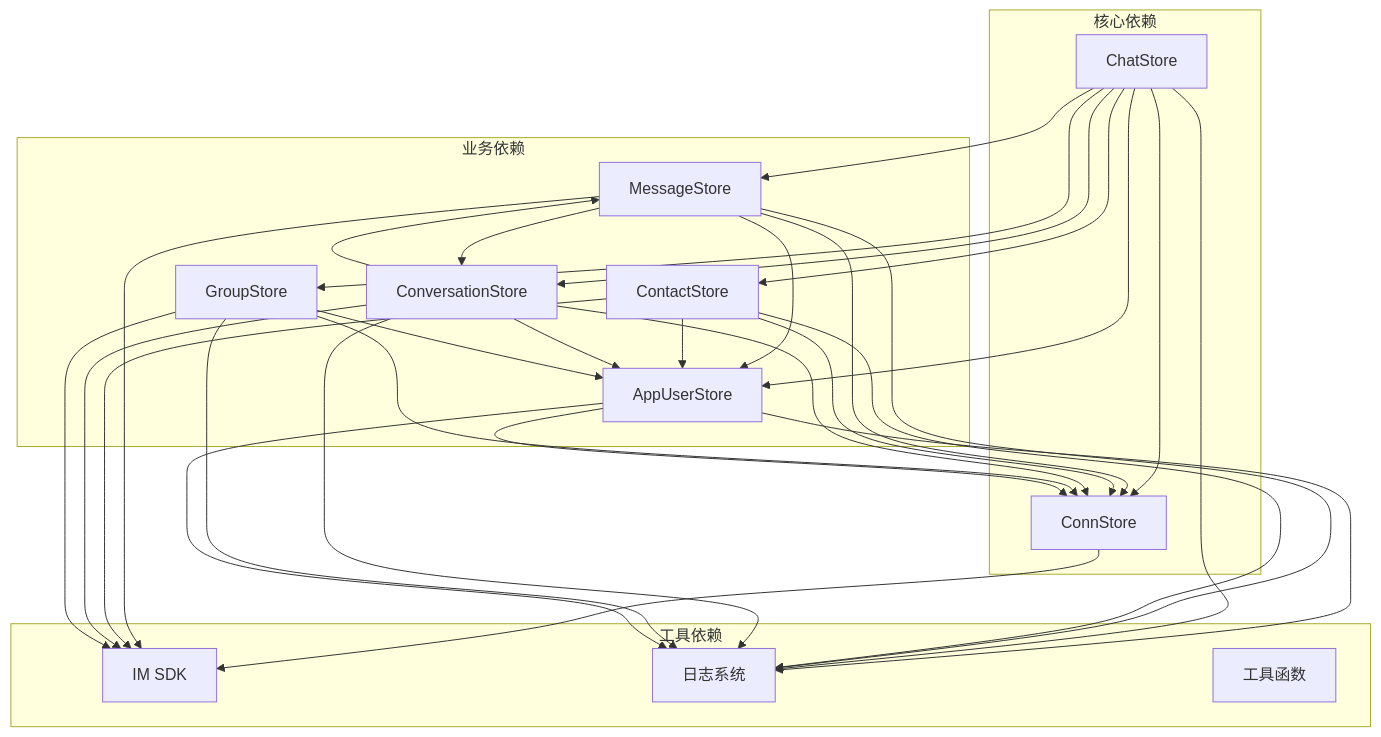
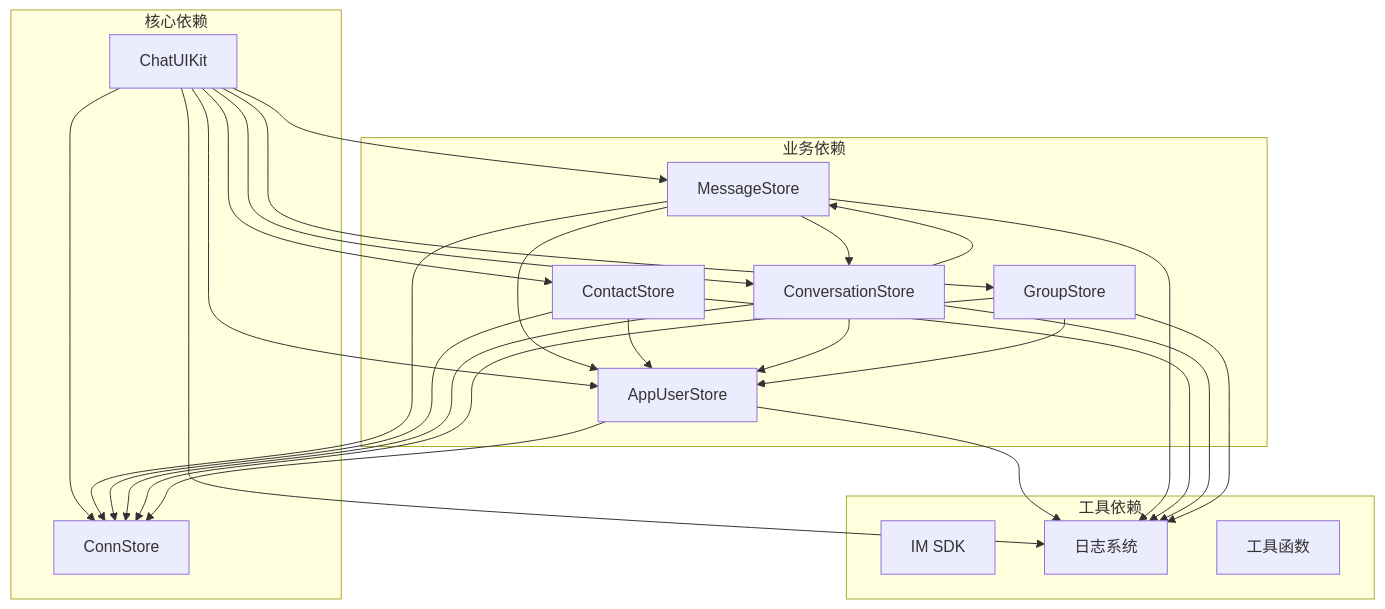
One commit to Easemob-Community/easemob-uikit-uniapp-community changed the eighth of 11 diagrams in .qoder/repowiki/zh/content/核心架构/Store状态管理系统架构/Pinia状态管理概览.md. Above: the diagram before and after it, drawn with Mermaid. The commit also changed other lines of this file and 14 other files, not shown here.

````diff
--- a/.qoder/repowiki/zh/content/核心架构/Store状态管理系统架构/Pinia状态管理概览.md
+++ b/.qoder/repowiki/zh/content/核心架构/Store状态管理系统架构/Pinia状态管理概览.md
@@ -449,48 +440,42 @@
 ```mermaid
 graph TD
 subgraph "核心依赖"
-ChatStore[ChatStore]
+ChatUIKit[ChatUIKit]
 ConnStore[ConnStore]
 end
 subgraph "业务依赖"
 MessageStore[MessageStore]
 ContactStore[ContactStore]
 ConversationStore[ConversationStore]
 GroupStore[GroupStore]
 AppUserStore[AppUserStore]
 end
 subgraph "工具依赖"
 SDK[IM SDK]
 Logger[日志系统]
 Utils[工具函数]
 end
-ChatStore --> ConnStore
-ChatStore --> MessageStore
-ChatStore --> ContactStore
-ChatStore --> ConversationStore
-ChatStore --> GroupStore
-ChatStore --> AppUserStore
+ChatUIKit --> ConnStore
+ChatUIKit --> MessageStore
+ChatUIKit --> ContactStore
+ChatUIKit --> ConversationStore
+ChatUIKit --> GroupStore
+ChatUIKit --> AppUserStore
 MessageStore --> ConnStore
 MessageStore --> ConversationStore
 MessageStore --> AppUserStore
 ContactStore --> ConnStore
 ContactStore --> AppUserStore
 ConversationStore --> ConnStore
 ConversationStore --> AppUserStore
 ConversationStore --> MessageStore
 GroupStore --> ConnStore
 GroupStore --> AppUserStore
 AppUserStore --> ConnStore
 AppUserStore --> Logger
-ChatStore --> Logger
+ChatUIKit --> Logger
 MessageStore --> Logger
 ContactStore --> Logger
 ConversationStore --> Logger
 GroupStore --> Logger
-AppUserStore --> Logger
-ConnStore --> SDK
-MessageStore --> SDK
-ContactStore --> SDK
-ConversationStore --> SDK
-GroupStore --> SDK
 ```
````
